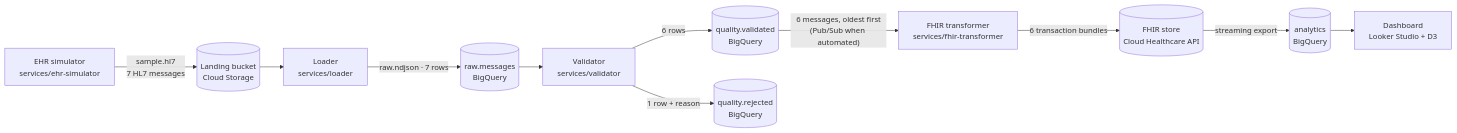
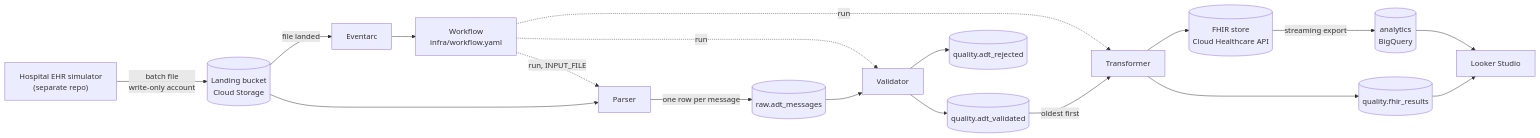
The diagram in README.md (rajkumarElango96/hl7-fhir-pipeline-gcp), drawn with Mermaid before and after one commit. The commit also changed other lines of this file and 46 other files, not shown here.

First line of the commit message:
Deploy pipeline as Cloud Run jobs orchestrated by Cloud Workflows

````diff
--- a/README.md
+++ b/README.md
@@ -36,13 +70,18 @@
 ```mermaid
 flowchart LR
-  SIM["EHR simulator<br/>services/ehr-simulator"] -->|"sample.hl7<br/>7 HL7 messages"| GCS[("Landing bucket<br/>Cloud Storage")]
-  GCS --> LOAD["Loader<br/>services/loader"]
-  LOAD -->|"raw.ndjson · 7 rows"| RAW[("raw.messages<br/>BigQuery")]
-  RAW --> VAL["Validator<br/>services/validator"]
-  VAL -->|"6 rows"| OK[("quality.validated<br/>BigQuery")]
-  VAL -->|"1 row + reason"| BAD[("quality.rejected<br/>BigQuery")]
-  OK -->|"6 messages, oldest first<br/>(Pub/Sub when automated)"| TR["FHIR transformer<br/>services/fhir-transformer"]
-  TR -->|"6 transaction bundles"| FHIR[("FHIR store<br/>Cloud Healthcare API")]
+  EHR["Hospital EHR simulator<br/>(separate repo)"] -->|"batch file<br/>write-only account"| GCS[("Landing bucket<br/>Cloud Storage")]
+  GCS -->|"file landed"| EVT["Eventarc"] --> WF["Workflow<br/>infra/workflow.yaml"]
+  WF -. "run, INPUT_FILE" .-> P["Parser"]
+  WF -. "run" .-> V["Validator"]
+  WF -. "run" .-> T["Transformer"]
+  GCS --> P -->|"one row per message"| RAW[("raw.adt_messages")]
+  RAW --> V
+  V --> OK[("quality.adt_validated")]
+  V --> BAD[("quality.adt_rejected")]
+  OK -->|"oldest first"| T
+  T --> FHIR[("FHIR store<br/>Cloud Healthcare API")]
+  T --> RES[("quality.fhir_results")]
   FHIR -->|"streaming export"| AN[("analytics<br/>BigQuery")]
-  AN --> DASH["Dashboard<br/>Looker Studio + D3"]
+  AN --> DASH["Looker Studio"]
+  RES --> DASH
 ```
````
